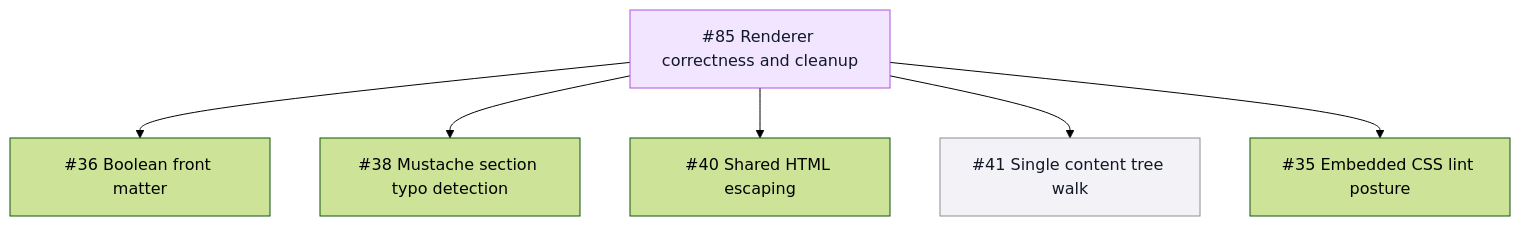
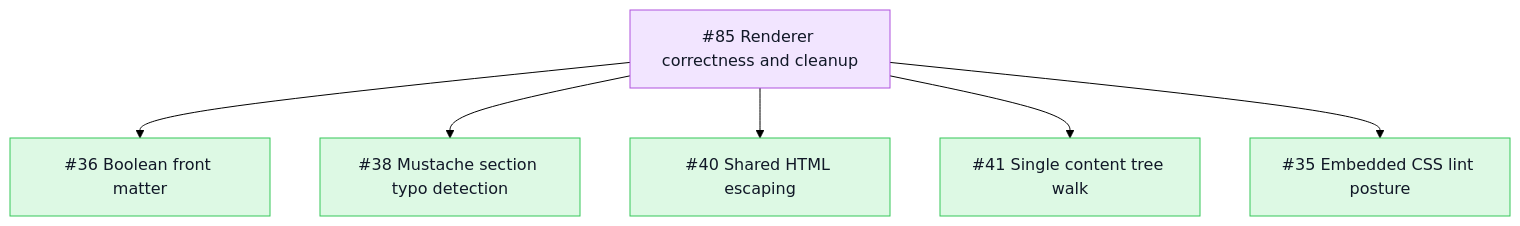
Before and after one commit to TileDown/tile-down: the eighth of 9 diagrams in README.md, drawn with Mermaid (forest theme). The commit also changed 6 other files, not shown here.

````diff
--- a/README.md
+++ b/README.md
@@ -172,12 +172,14 @@
 ```mermaid
 flowchart TD
   Epic["#85 Renderer correctness and cleanup"]:::epic
   Epic --> BooleanFM["#36 Boolean front matter"]:::done
   Epic --> Mustache["#38 Mustache section typo detection"]:::done
   Epic --> Escaping["#40 Shared HTML escaping"]:::done
-  Epic --> ContentWalk["#41 Single content tree walk"]:::todo
+  Epic --> ContentWalk["#41 Single content tree walk"]:::done
   Epic --> CSSLint["#35 Embedded CSS lint posture"]:::done
 
+  classDef done fill:#ddf9e4,stroke:#34c759,color:#111827
   classDef epic fill:#f2e5ff,stroke:#af52de,color:#111827
+  classDef review fill:#fff7d6,stroke:#ffcc00,color:#111827
   classDef todo fill:#f2f2f7,stroke:#8e8e93,color:#111827
 ```
````
